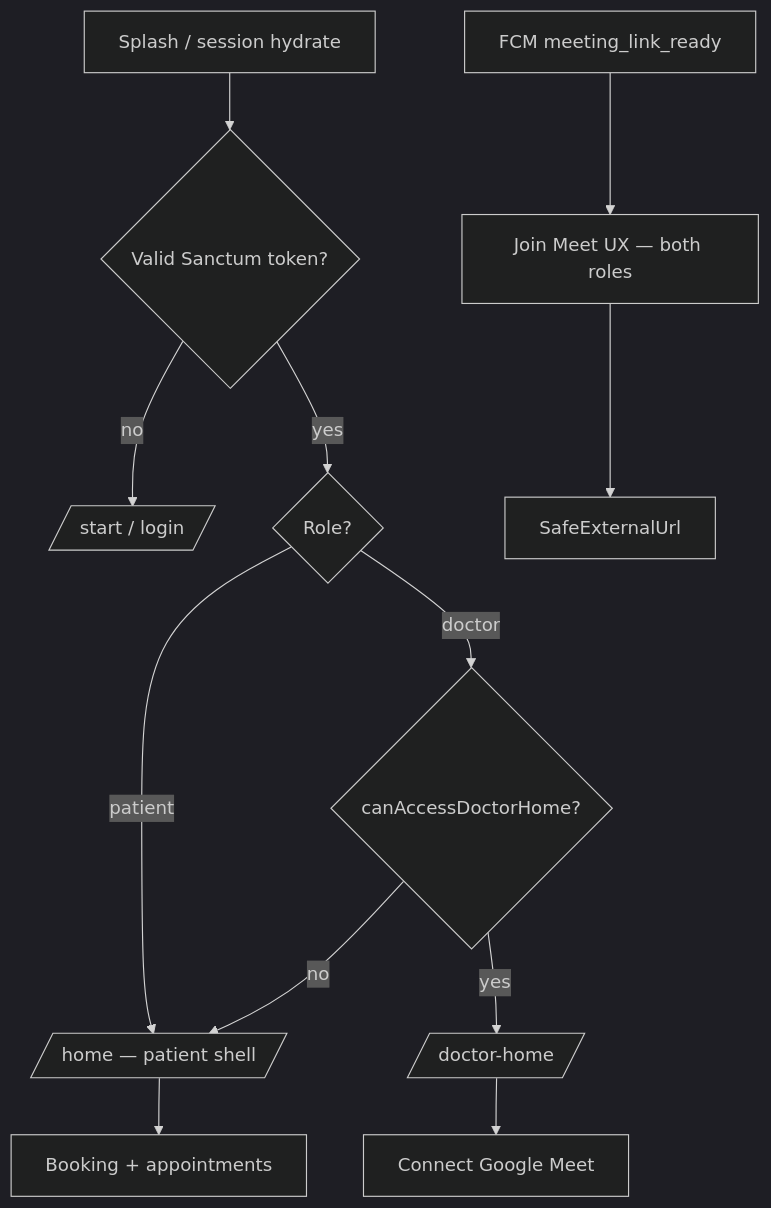
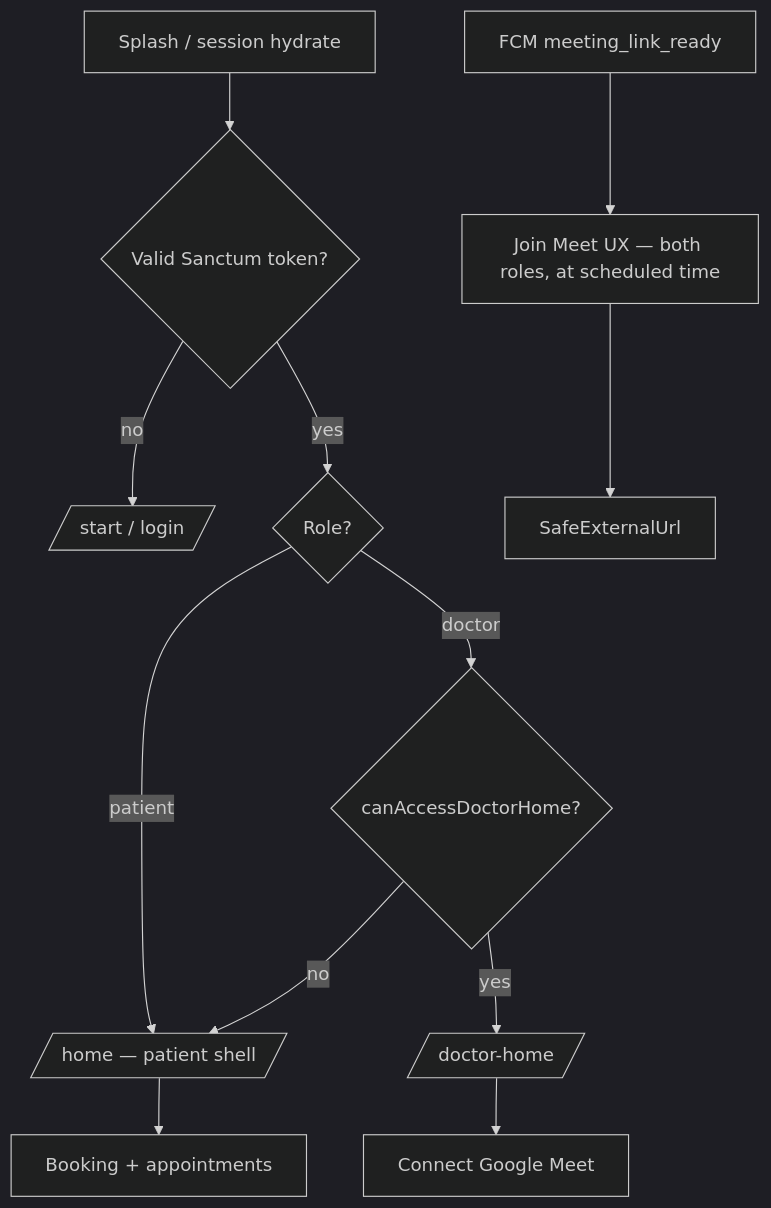
One commit to suliman-mousa/AskTabib changed the ninth of 10 diagrams in diagrams/APP_ARCHITECTURE_DIAGRAMS.md. Above: the diagram before and after it, drawn with Mermaid (dark theme). The commit also changed other lines of this file, not shown here.

````diff
--- a/diagrams/APP_ARCHITECTURE_DIAGRAMS.md
+++ b/diagrams/APP_ARCHITECTURE_DIAGRAMS.md
@@ -362,14 +377,14 @@
 ```mermaid
 flowchart TD
   SPLASH[Splash / session hydrate] --> AUTH{Valid Sanctum token?}
   AUTH -->|no| START[/start / login/]
   AUTH -->|yes| ROLE{Role?}
   ROLE -->|patient| HOME[/home — patient shell/]
   ROLE -->|doctor| GATE{canAccessDoctorHome?}
   GATE -->|yes| DHOME[/doctor-home/]
   GATE -->|no| HOME
   DHOME --> MEETUI[Connect Google Meet]
   HOME --> BOOK[Booking + appointments]
-  NOTE[FCM meeting_link_ready] --> JOIN[Join Meet UX — both roles]
+  NOTE[FCM meeting_link_ready] --> JOIN[Join Meet UX — both roles, at scheduled time]
   JOIN --> SAFE[SafeExternalUrl]
 ```
````
